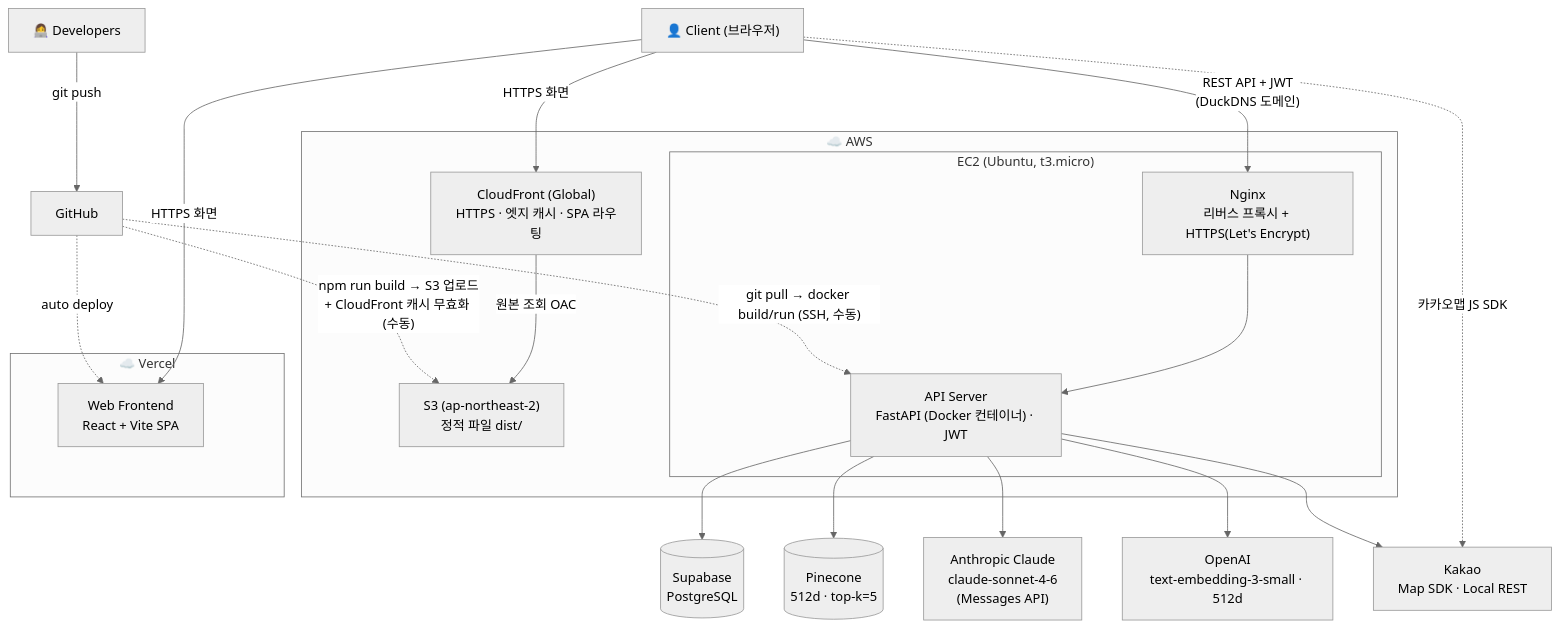
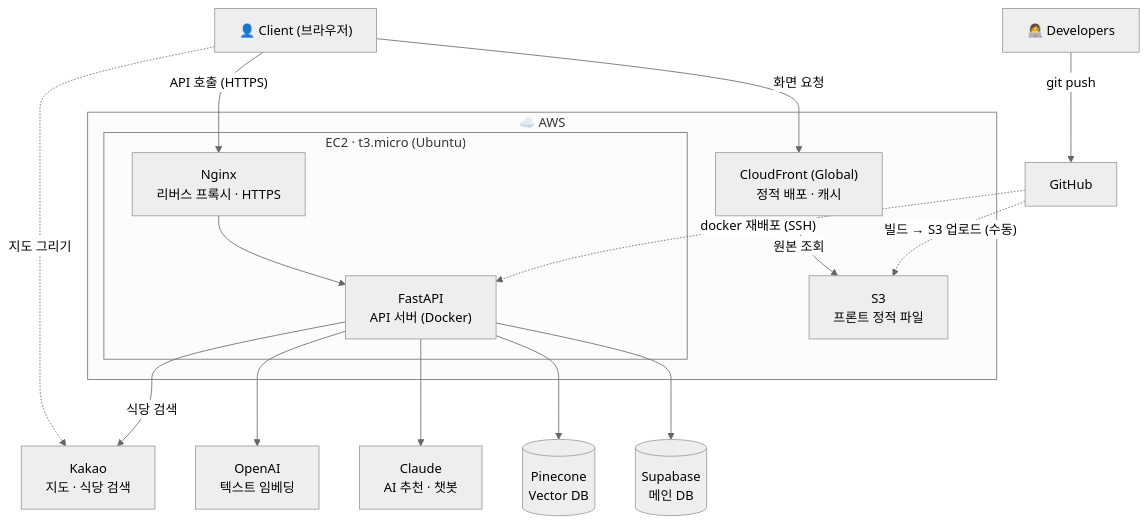
The fifth of 7 diagrams in README.md (hanulkimm/biz-lunch-lab), drawn with Mermaid (neutral theme) before and after one commit. The commit also changed other lines of this file, not shown here.

Commit message:
docs: 아키텍처 다이어그램 정리 — 노드 라벨 통일(이름+역할), Vercel 제거
- 각 노드를 "서비스명 + 역할 한 줄"로 통일, 모델명·파라미터 등 세부값 제거
- Kakao를 지도(프론트)·식당 검색(백엔드) 두 경로로 명확화
- 프론트 대표 배포를 S3+CloudFront로 일원화 (Live 링크·배지·표 갱신)

````diff
--- a/README.md
+++ b/README.md
@@ -137,28 +136,23 @@
 ```mermaid
 flowchart TD
     Dev["👩‍💻 Developers"] -->|git push| GH["GitHub"]
-    GH -. auto deploy .-> FE
-    GH -. "npm run build → S3 업로드<br/>+ CloudFront 캐시 무효화 (수동)" .-> S3
-    GH -. "git pull → docker build/run (SSH, 수동)" .-> API
+    GH -. "빌드 → S3 업로드 (수동)" .-> S3
+    GH -. "docker 재배포 (SSH)" .-> API
 
-    Client["👤 Client (브라우저)"] -->|HTTPS 화면| FE
-    Client -->|HTTPS 화면| CF
-    Client -->|"REST API + JWT<br/>(DuckDNS 도메인)"| NGINX
-    Client -. 카카오맵 JS SDK .-> KAKAO["Kakao<br/>Map SDK · Local REST"]
+    Client["👤 Client (브라우저)"] -->|화면 요청| CF
+    Client -->|"API 호출 (HTTPS)"| NGINX
+    Client -. 지도 그리기 .-> KAKAO
 
-    subgraph Vercel["☁️ Vercel"]
-        FE["Web Frontend<br/>React + Vite SPA"]
-    end
     subgraph AWS["☁️ AWS"]
-        CF["CloudFront (Global)<br/>HTTPS · 엣지 캐시 · SPA 라우팅"] -->|원본 조회 OAC| S3["S3 (ap-northeast-2)<br/>정적 파일 dist/"]
-        subgraph EC2["EC2 (Ubuntu, t3.micro)"]
-            NGINX["Nginx<br/>리버스 프록시 + HTTPS(Let's Encrypt)"] --> API["API Server<br/>FastAPI (Docker 컨테이너) · JWT"]
+        CF["CloudFront (Global)<br/>정적 배포 · 캐시"] -->|원본 조회| S3["S3<br/>프론트 정적 파일"]
+        subgraph EC2["EC2 · t3.micro (Ubuntu)"]
+            NGINX["Nginx<br/>리버스 프록시 · HTTPS"] --> API["FastAPI<br/>API 서버 (Docker)"]
         end
     end
 
-    API --> DB[("Supabase<br/>PostgreSQL")]
-    API --> VEC[("Pinecone<br/>512d · top-k=5")]
-    API --> LLM["Anthropic Claude<br/>claude-sonnet-4-6<br/>(Messages API)"]
-    API --> EMB["OpenAI<br/>text-embedding-3-small · 512d"]
-    API --> KAKAO
+    API --> DB[("Supabase<br/>메인 DB")]
+    API --> VEC[("Pinecone<br/>Vector DB")]
+    API --> LLM["Claude<br/>AI 추천 · 챗봇"]
+    API --> EMB["OpenAI<br/>텍스트 임베딩"]
+    API -->|식당 검색| KAKAO["Kakao<br/>지도 · 식당 검색"]
 ```
````
